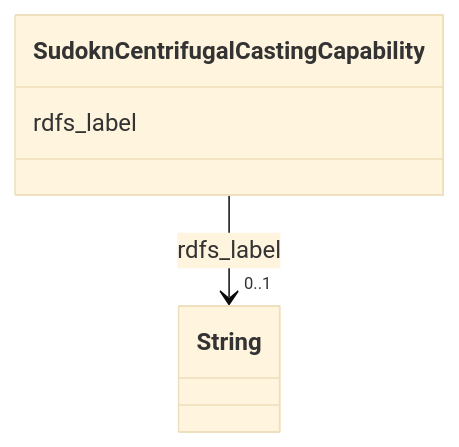
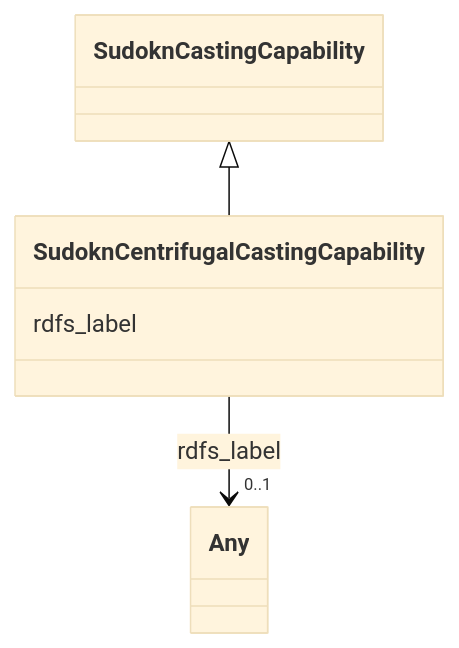
One commit to frink-okn/graph-descriptions changed the diagram in sudokn-kg/classes/SudoknCentrifugalCastingCapability.md. Above: the diagram before and after it, drawn with Mermaid (base theme). The commit also changed other lines of this file and 903 other files, not shown here.

````diff
--- a/sudokn-kg/classes/SudoknCentrifugalCastingCapability.md
+++ b/sudokn-kg/classes/SudoknCentrifugalCastingCapability.md
@@ -23,15 +18,18 @@
 ```mermaid
  classDiagram
     class SudoknCentrifugalCastingCapability
     click SudoknCentrifugalCastingCapability href "../SudoknCentrifugalCastingCapability"
+      SudoknCastingCapability <|-- SudoknCentrifugalCastingCapability
+        click SudoknCastingCapability href "../SudoknCastingCapability"
+      
       SudoknCentrifugalCastingCapability : rdfs_label
         
           
     
     
-    SudoknCentrifugalCastingCapability --> "0..1" String : rdfs_label
-    click String href "../String"
+    SudoknCentrifugalCastingCapability --> "0..1" Any : rdfs_label
+    click Any href "../Any"
 
         
       
 ```
````
